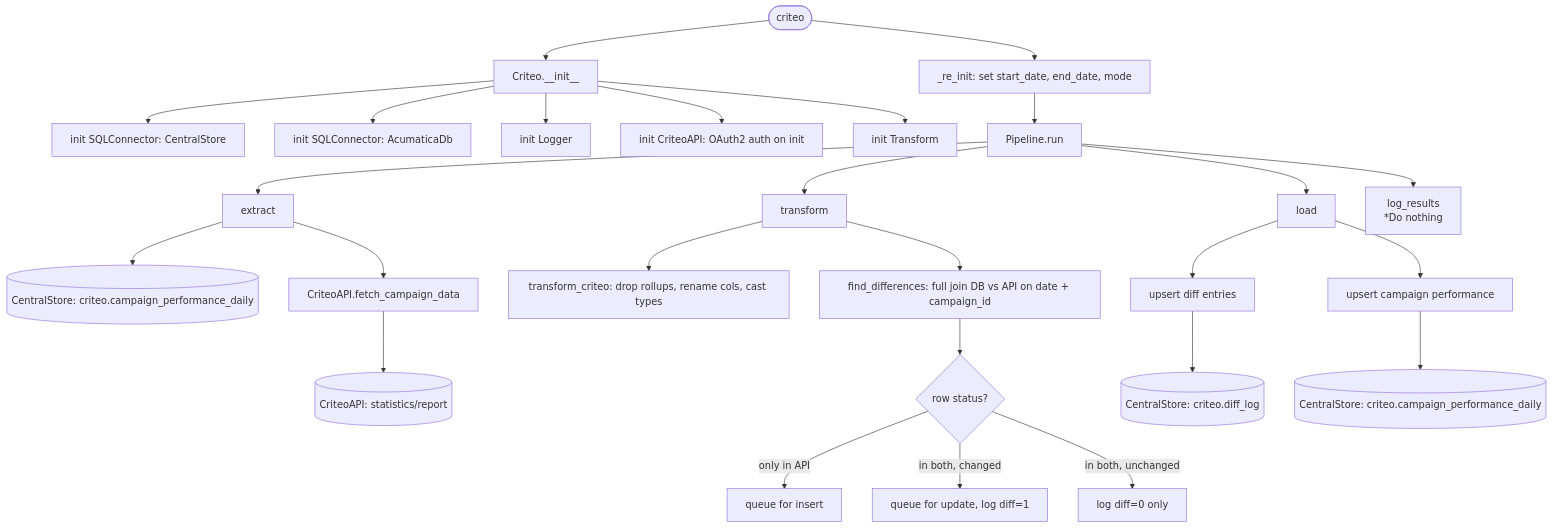
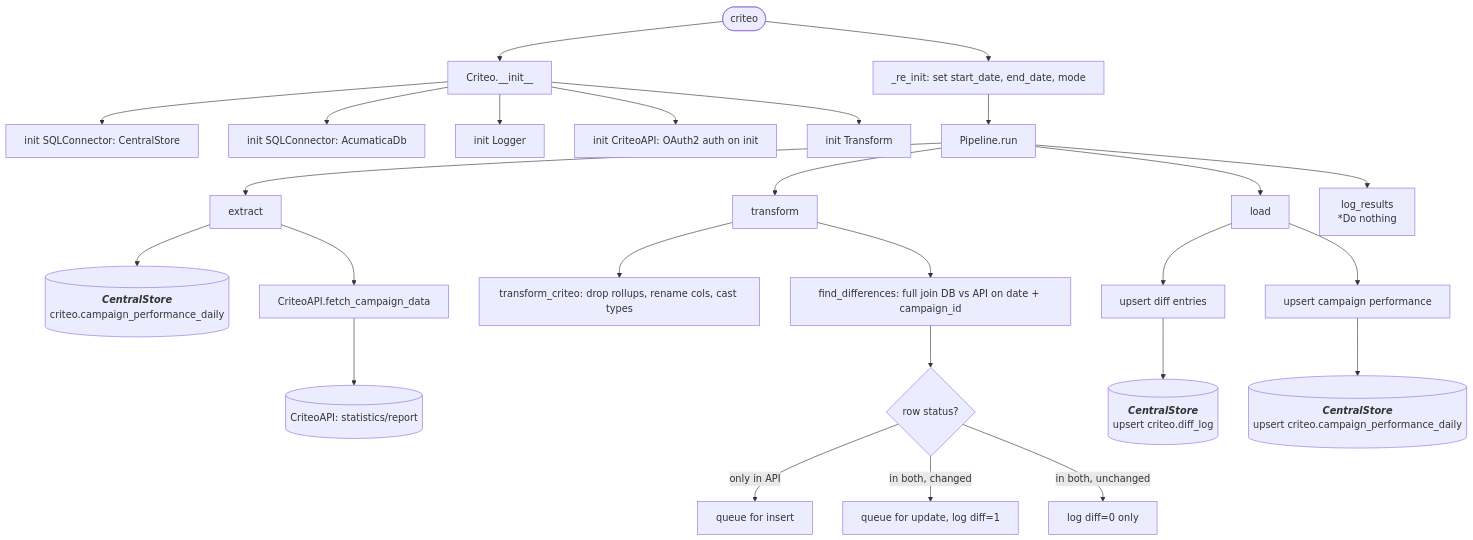
One commit to journeyhl/integration-platform changed the diagram in docs/pipelines/criteo.md. Above: the diagram before and after it, drawn with Mermaid. The commit also changed 25 other files, not shown here.

````diff
--- a/docs/pipelines/criteo.md
+++ b/docs/pipelines/criteo.md
@@ -1,33 +1,42 @@
 ```mermaid
 %%{init: {"flowchart": {"wrappingWidth": 400}}}%%
 flowchart TD
     A([criteo]) --> B[Criteo.__init__]
     B --> B1[init SQLConnector: CentralStore]
     B --> B2[init SQLConnector: AcumaticaDb]
     B --> B3[init Logger]
     B --> B4[init CriteoAPI: OAuth2 auth on init]
     B --> B5[init Transform]
     A --> RI[_re_init: set start_date, end_date, mode]
     RI --> RUN[Pipeline.run]
 
     RUN --> EX[extract]
-    EX --> D1[(CentralStore: criteo.campaign_performance_daily)]
+    EX --> D1[(
+        <b><i>CentralStore</i></b>
+        criteo.campaign_performance_daily
+    )]
     EX --> API[CriteoAPI.fetch_campaign_data]
     API --> D2[(CriteoAPI: statistics/report)]
 
     RUN --> TR[transform]
     TR --> T1[transform_criteo: drop rollups, rename cols, cast types]
     TR --> T2[find_differences: full join DB vs API on date + campaign_id]
     T2 --> T3{row status?}
     T3 -->|only in API| T4[queue for insert]
     T3 -->|in both, changed| T5[queue for update, log diff=1]
     T3 -->|in both, unchanged| T6[log diff=0 only]
 
     RUN --> LD[load]
     LD --> LS1[upsert diff entries]
-    LS1 --> CS1[(CentralStore: criteo.diff_log)]
+    LS1 --> CS1[(
+        <b><i>CentralStore</i></b>
+        upsert criteo.diff_log
+    )]
     LD --> LS2[upsert campaign performance]
-    LS2 --> CS2[(CentralStore: criteo.campaign_performance_daily)]
+    LS2 --> CS2[(
+        <b><i>CentralStore</i></b>
+        upsert criteo.campaign_performance_daily
+    )]
 
     RUN --> LR[log_results<br/>*Do nothing]
 ```
````
